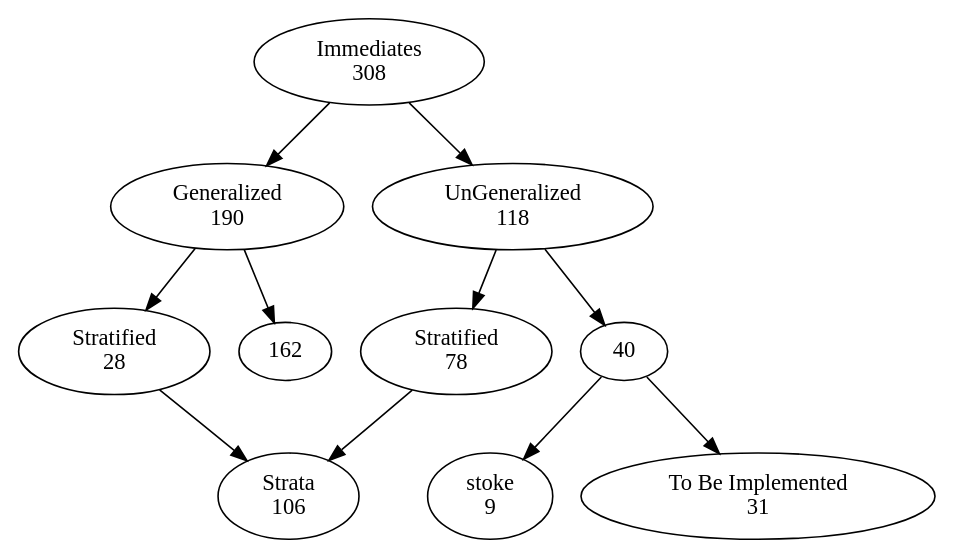
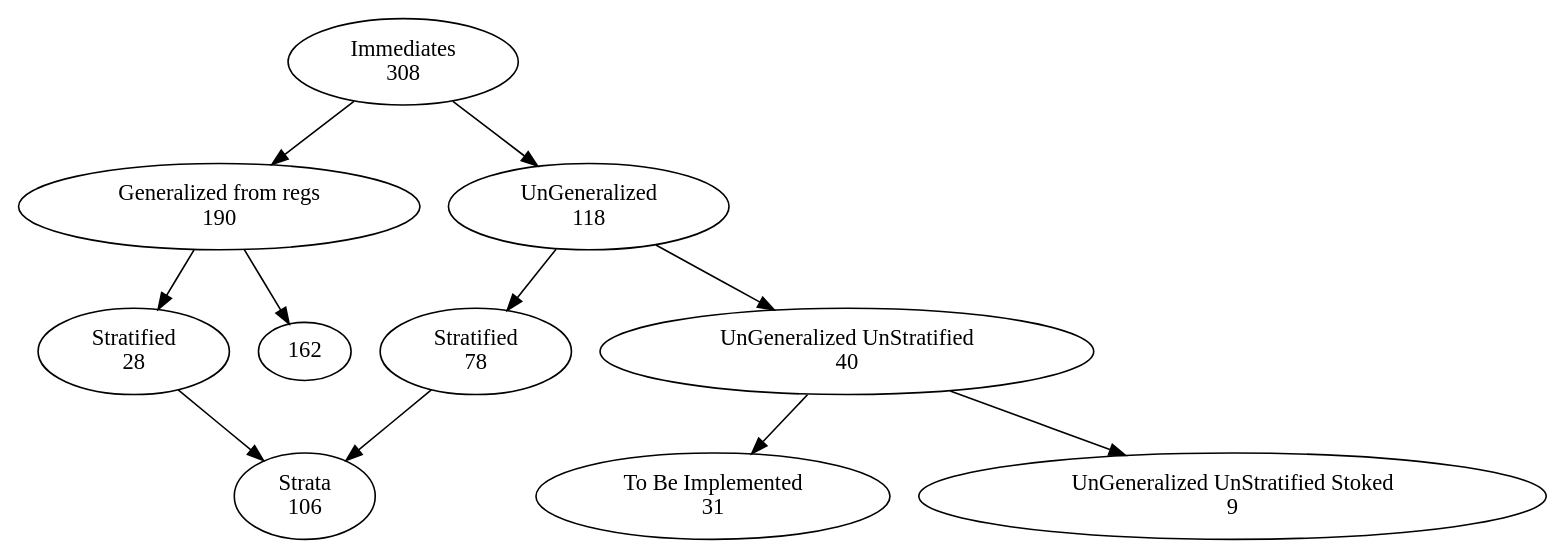
One commit to kframework/X86-64-semantics changed the diagram in docs/reports/imm_stats.dot. Above: the diagram before and after it, drawn with Graphviz. The commit also changed 2 other files, not shown here.

```diff
--- a/docs/reports/imm_stats.dot
+++ b/docs/reports/imm_stats.dot
@@ -1,31 +1,32 @@
 // dot -Tps imm_stats.dot -o imm_stats.ps
 digraph graphname {
     
       
   Imms [label="Immediates\n308"]
-  G [label="Generalized\n190"] 
+  G [label="Generalized from regs\n190"] 
   UG [label="UnGeneralized\n118"] 
   S1 [label="Stratified\n28"] 
   S2 [label="Stratified\n78"] 
   S [label="Strata\n106"] 
-  ST [label="stoke\n9"] 
   TBI [label="To Be Implemented\n31"]
+  UGUS [label="UnGeneralized UnStratified\n40"]
+  UGUSS [label="UnGeneralized UnStratified Stoked \n9"]
 
   {rank = same; Imms; }
   {rank = same; G; UG; }
-  {rank = same; S1; S2;  }
-  {rank = same; S; ST; TBI  }
+  {rank = same; S1; S2; UGUS }
+  {rank = same; S; TBI  }
 
   // =============================================================================
 
   Imms -> G
   Imms -> UG
 
   G -> S1 -> S
   G -> 162
   UG -> S2 -> S
-  UG -> 40 -> ST
-  40 -> TBI
+  UG -> UGUS -> UGUSS
+  UGUS -> TBI
 
 
  }
```
